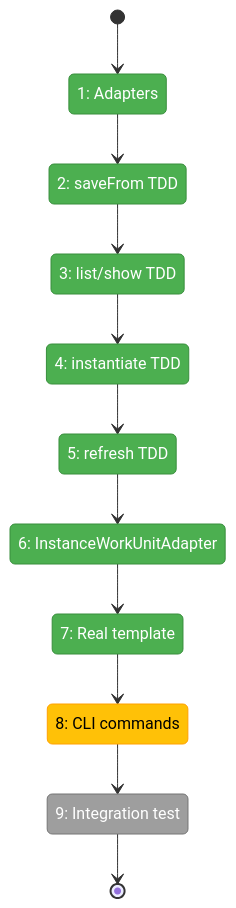
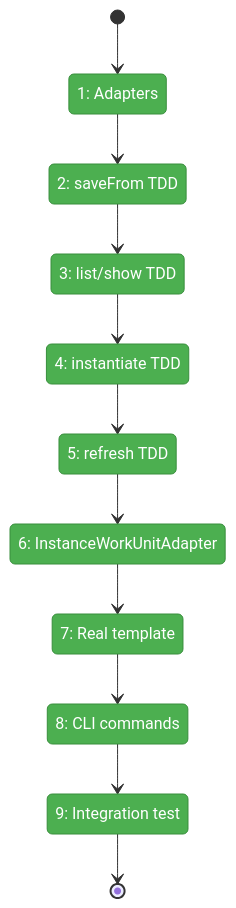
The first of 2 diagrams in docs/plans/048-wf-web/tasks/phase-2-template-service-and-cli/tasks.fltplan.md (AI-Substrate/chainglass), drawn with Mermaid before and after one commit. The commit also changed other lines of this file and 4 other files, not shown here.

````diff
--- a/docs/plans/048-wf-web/tasks/phase-2-template-service-and-cli/tasks.fltplan.md
+++ b/docs/plans/048-wf-web/tasks/phase-2-template-service-and-cli/tasks.fltplan.md
@@ -38,32 +38,30 @@
 ```mermaid
 stateDiagram-v2
     classDef pending fill:#9E9E9E,stroke:#757575,color:#fff
     classDef active fill:#FFC107,stroke:#FFA000,color:#000
     classDef done fill:#4CAF50,stroke:#388E3C,color:#fff
     classDef blocked fill:#F44336,stroke:#D32F2F,color:#fff
 
     state "1: Adapters" as S1
     state "2: saveFrom TDD" as S2
     state "3: list/show TDD" as S3
     state "4: instantiate TDD" as S4
     state "5: refresh TDD" as S5
     state "6: InstanceWorkUnitAdapter" as S6
     state "7: Real template" as S7
     state "8: CLI commands" as S8
     state "9: Integration test" as S9
 
     [*] --> S1
     S1 --> S2
     S2 --> S3
     S3 --> S4
     S4 --> S5
     S5 --> S6
     S6 --> S7
     S7 --> S8
     S8 --> S9
     S9 --> [*]
 
-    class S1,S2,S3,S4,S5,S6,S7 done
-    class S8 active
-    class S9 pending
+    class S1,S2,S3,S4,S5,S6,S7,S8,S9 done
 ```
````
